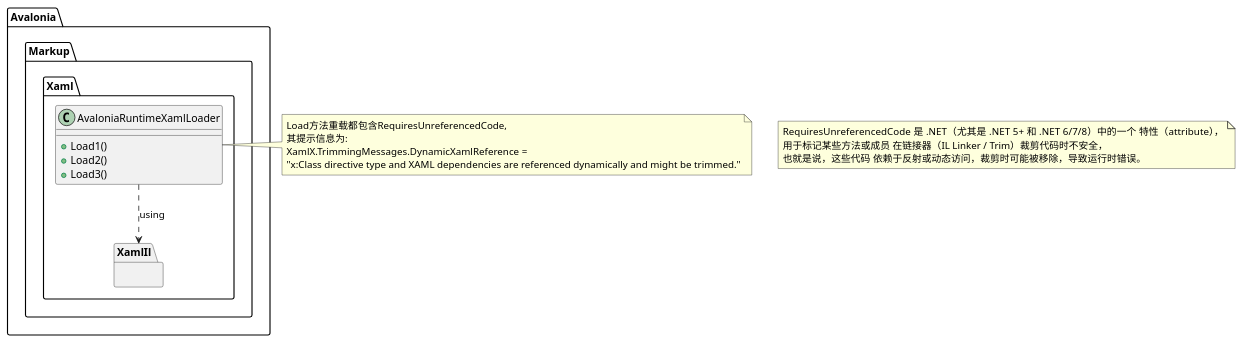
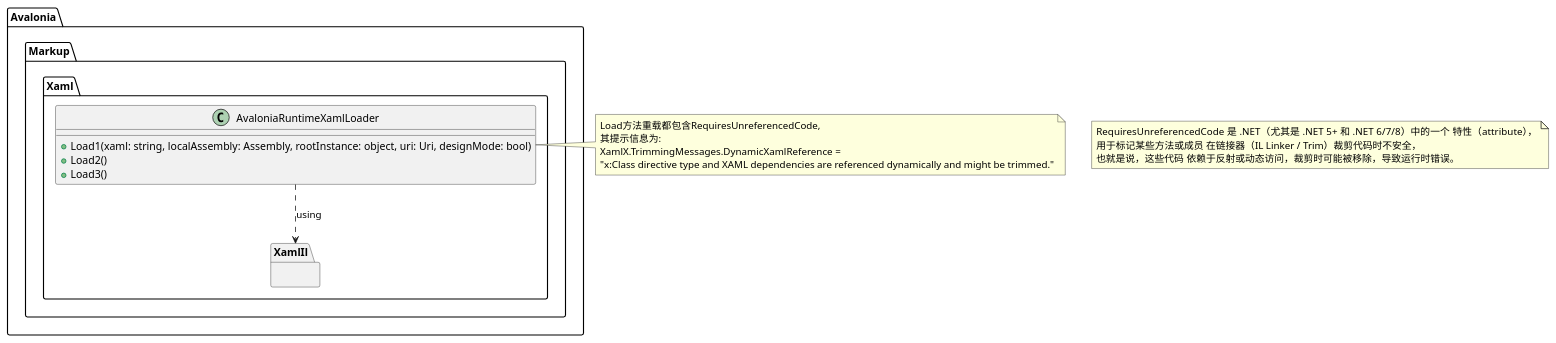
Before and after one commit to Bli-AIk/Notes: the diagram in Avalonia/AI_Generated_UML/markup.puml, drawn with PlantUML. The commit also changed 1 other file, not shown here.

Commit message:
feat: Add initial PlantUML diagram and prompt
Adds the initial PlantUML class diagram focusing on AvaloniaRuntimeXamlLoader.
This diagram is intended for studying the Avalonia XAML loading mechanism, particularly in relation to .NET code trimming and the RequiresUnreferencedCode attribute.

The prompt.md file is also included, which outlines the goals and conventions for this diagramming project.

```diff
--- a/Avalonia/AI_Generated_UML/markup.puml
+++ b/Avalonia/AI_Generated_UML/markup.puml
@@ -1,27 +1,27 @@
 @startuml
 namespace Avalonia.Markup.Xaml {
     class AvaloniaRuntimeXamlLoader {
-        + Load1()
+        + Load1(xaml: string, localAssembly: Assembly, rootInstance: object, uri: Uri, designMode: bool)
         + Load2()
         + Load3()
     }
 }
 
 note right of AvaloniaRuntimeXamlLoader
   Load方法重载都包含RequiresUnreferencedCode,
   其提示信息为:
   XamlX.TrimmingMessages.DynamicXamlReference =
   "x:Class directive type and XAML dependencies are referenced dynamically and might be trimmed."
 end note
 
 note as N1
   RequiresUnreferencedCode 是 .NET（尤其是 .NET 5+ 和 .NET 6/7/8）中的一个 特性（attribute），
   用于标记某些方法或成员 在链接器（IL Linker / Trim）裁剪代码时不安全，
   也就是说，这些代码 依赖于反射或动态访问，裁剪时可能被移除，导致运行时错误。
 end note
 
 package Avalonia.Markup.Xaml.XamlIl {
 }
 
 Avalonia.Markup.Xaml.AvaloniaRuntimeXamlLoader ..> Avalonia.Markup.Xaml.XamlIl : using
 @enduml
```
